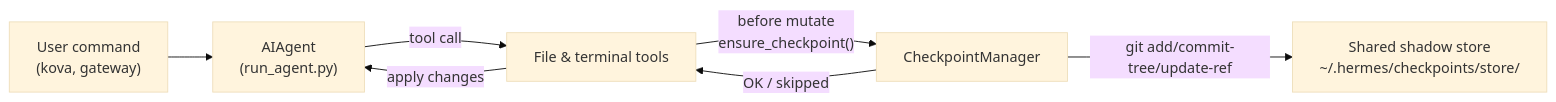
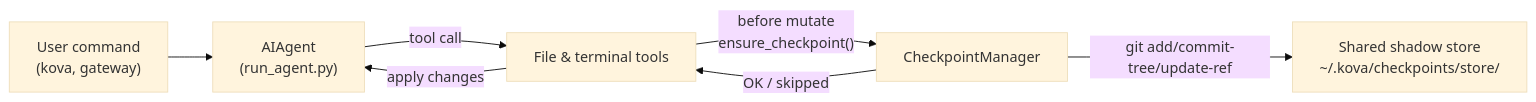
Before and after one commit to OpenKova/Kova-Agent: the diagram in website/docs/user-guide/checkpoints-and-rollback.md, drawn with Mermaid (base theme). The commit also changed other lines of this file and 1560 other files, not shown here.

````diff
--- a/website/docs/user-guide/checkpoints-and-rollback.md
+++ b/website/docs/user-guide/checkpoints-and-rollback.md
@@ -69,15 +69,15 @@
 ```mermaid
 flowchart LR
   user["User command\n(kova, gateway)"]
   agent["AIAgent\n(run_agent.py)"]
   tools["File & terminal tools"]
   cpMgr["CheckpointManager"]
-  store["Shared shadow store\n~/.hermes/checkpoints/store/"]
+  store["Shared shadow store\n~/.kova/checkpoints/store/"]
 
   user --> agent
   agent -->|"tool call"| tools
   tools -->|"before mutate\nensure_checkpoint()"| cpMgr
   cpMgr -->|"git add/commit-tree/update-ref"| store
   cpMgr -->|"OK / skipped"| tools
   tools -->|"apply changes"| agent
 ```
````
